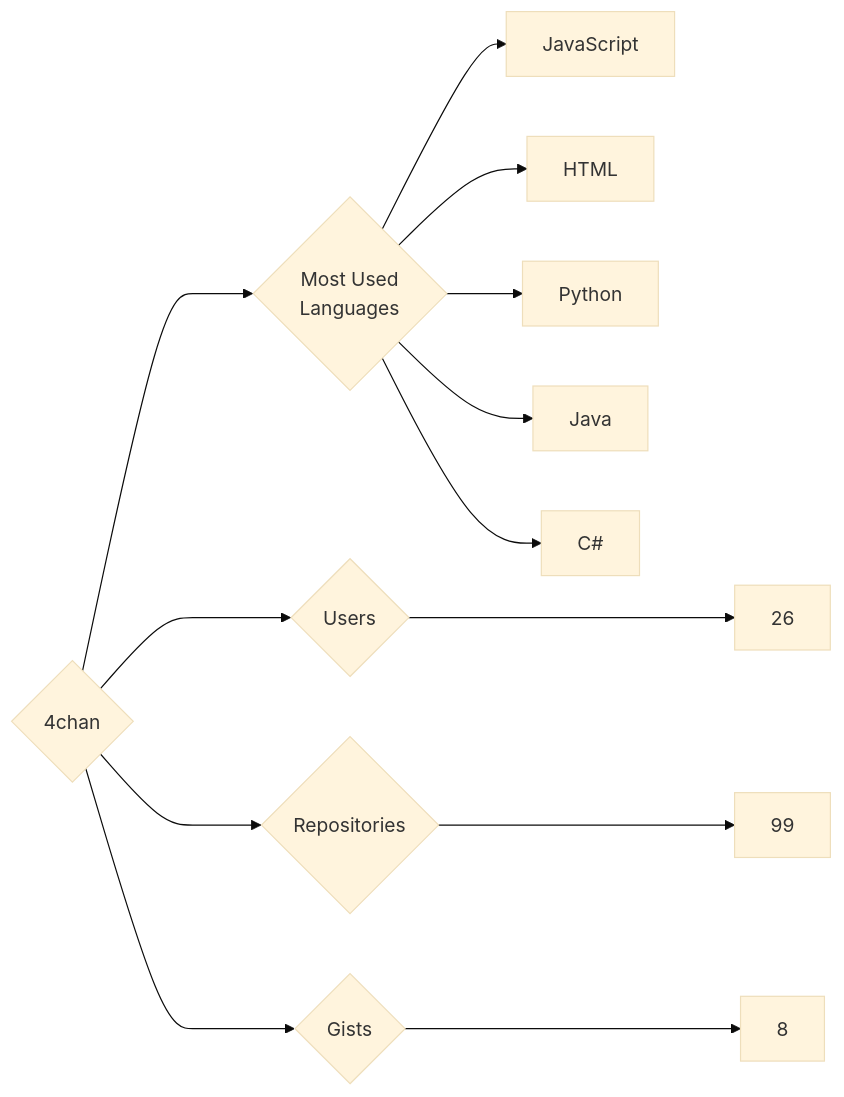
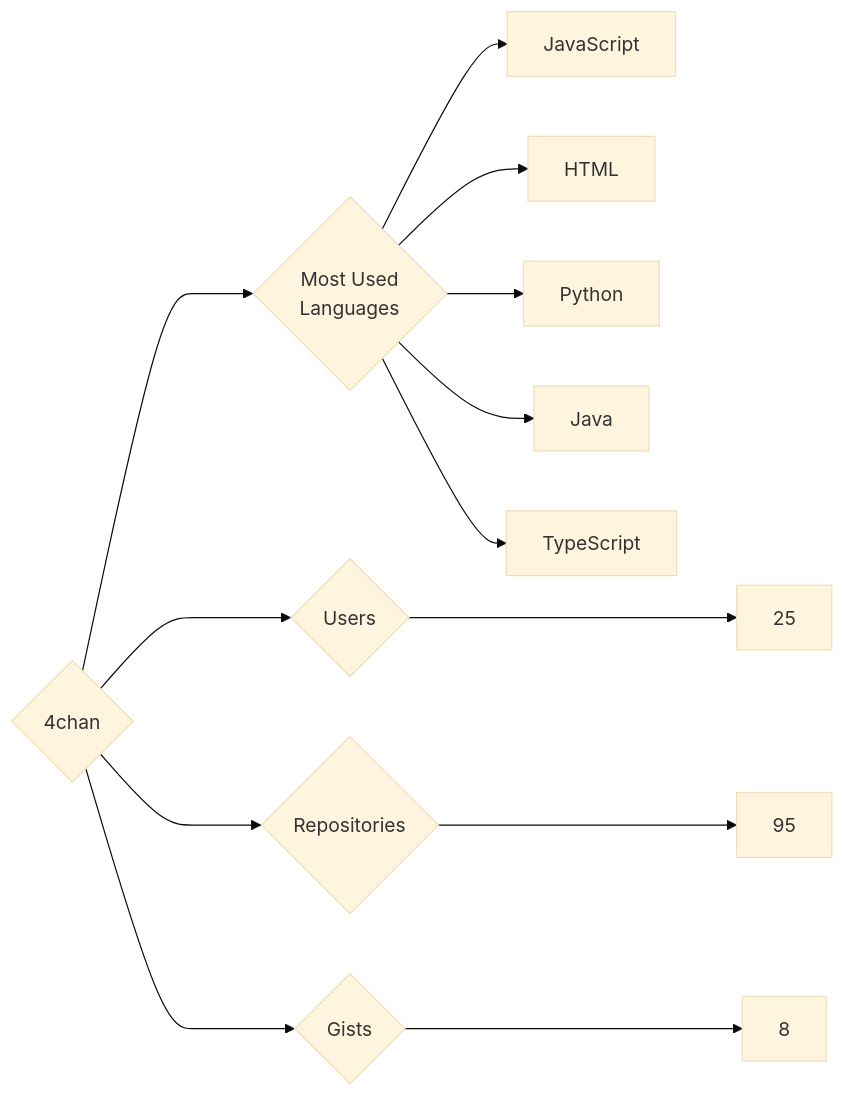
One commit to trickest/insiders changed the diagram in targets/4chan/README.md. Above: the diagram before and after it, drawn with Mermaid (base theme). The commit also changed 826 other files, not shown here.

````diff
--- a/targets/4chan/README.md
+++ b/targets/4chan/README.md
@@ -3,13 +3,13 @@
 ```mermaid
 graph LR
 COMPANY_NAME{4chan}
-COMPANY_NAME ---> U{Users} ---> UN[26]
-COMPANY_NAME ---> R{Repositories} ---> RN[99]
+COMPANY_NAME ---> U{Users} ---> UN[25]
+COMPANY_NAME ---> R{Repositories} ---> RN[95]
 COMPANY_NAME ---> G{Gists} ---> GN[8]
 COMPANY_NAME ---> ML{Most Used<br>Languages}
 ML --> JavaScript[JavaScript]
 ML --> HTML[HTML]
 ML --> Python[Python]
 ML --> Java[Java]
-ML --> C#[C#]
+ML --> TypeScript[TypeScript]
 ```
````
